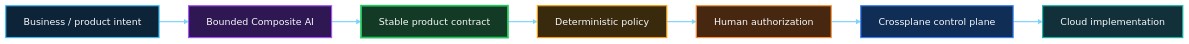
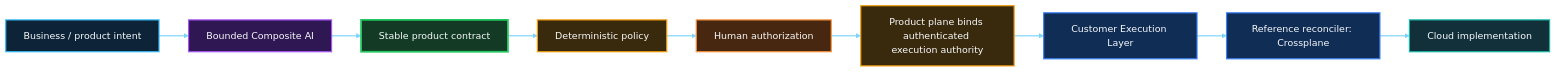
One commit to InfrastructureProductWorks/ai-powered-infrastructure-as-a-product changed the fourth of 7 diagrams in README.md. Above: the diagram before and after it, drawn with Mermaid. The commit also changed other lines of this file, not shown here.

Commit message:
docs: align root diagrams with CEL finite authority

````diff
--- a/README.md
+++ b/README.md
@@ -441,33 +446,38 @@
 ```mermaid
 flowchart LR
   INTENT[Business / product intent]
   AI[Bounded Composite AI]
   CONTRACT[Stable product contract]
   POLICY[Deterministic policy]
   APPROVAL[Human authorization]
-  CONTROL[Crossplane control plane]
+  GRANT[Product plane binds authenticated execution authority]
+  CEL[Customer Execution Layer]
+  CONTROL[Reference reconciler: Crossplane]
   CLOUD[Cloud implementation]
 
   INTENT --> AI
   AI --> CONTRACT
   CONTRACT --> POLICY
   POLICY --> APPROVAL
-  APPROVAL --> CONTROL
+  APPROVAL --> GRANT
+  GRANT --> CEL
+  CEL --> CONTROL
   CONTROL --> CLOUD
 
   classDef intent fill:#0D2438,stroke:#38BDF8,stroke-width:2px,color:#F8FAFC
   classDef intelligence fill:#2E1752,stroke:#A855F7,stroke-width:2px,color:#F8FAFC
   classDef contract fill:#123A24,stroke:#22C55E,stroke-width:3px,color:#F8FAFC
   classDef governance fill:#3A2A0D,stroke:#F59E0B,stroke-width:2px,color:#F8FAFC
   classDef human fill:#47270F,stroke:#FB923C,stroke-width:2px,color:#F8FAFC
   classDef control fill:#102D55,stroke:#3B82F6,stroke-width:2px,color:#F8FAFC
   classDef cloud fill:#12303A,stroke:#14B8A6,stroke-width:2px,color:#F8FAFC
   class INTENT intent
   class AI intelligence
   class CONTRACT contract
   class POLICY governance
   class APPROVAL human
-  class CONTROL control
+  class GRANT governance
+  class CEL,CONTROL control
   class CLOUD cloud
   linkStyle default stroke:#7DD3FC,stroke-width:2px
 ```
````
